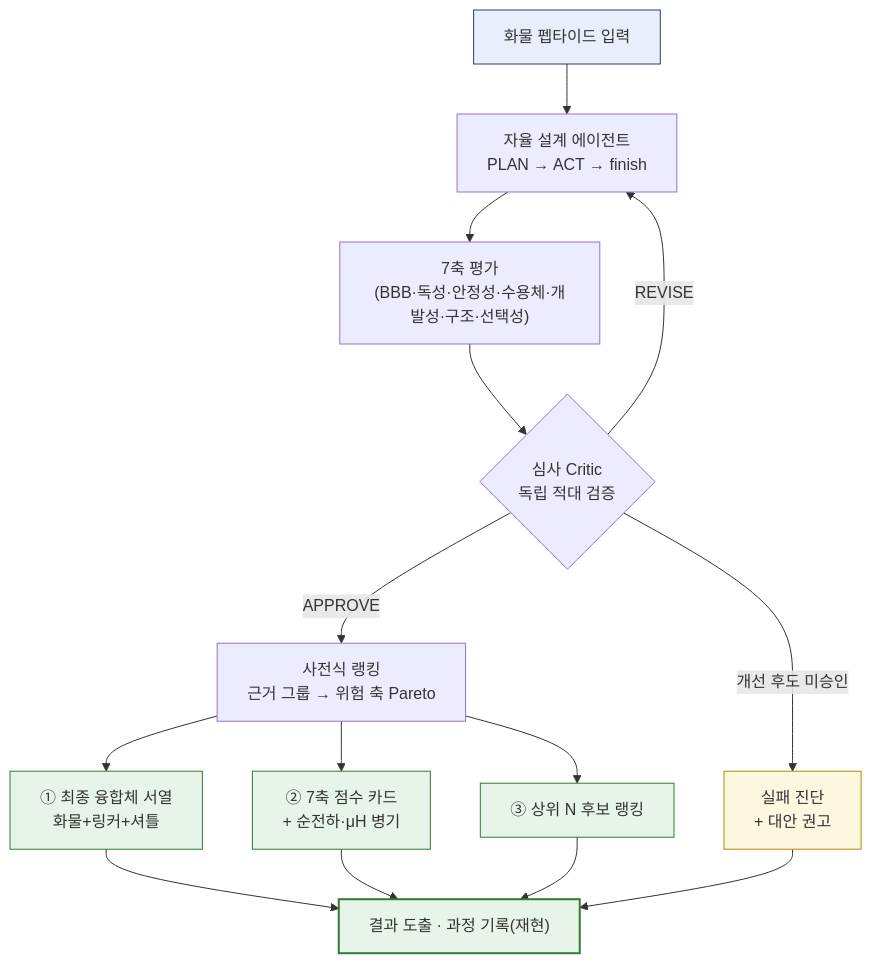
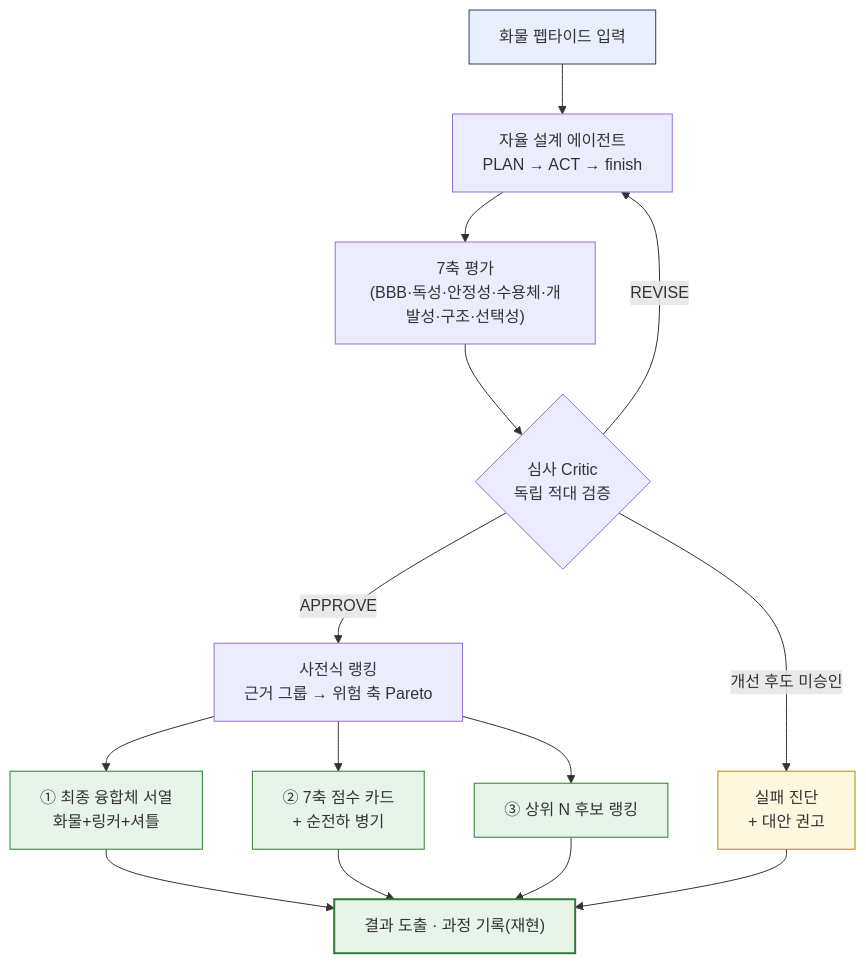
The third of 10 diagrams in 아키텍처.md (yunseul6028/BBB-Optimizer), drawn with Mermaid before and after one commit. The commit also changed other lines of this file and 3 other files, not shown here.

````diff
--- a/아키텍처.md
+++ b/아키텍처.md
@@ -133,22 +133,22 @@
 ```mermaid
 flowchart TB
   IN["화물 펩타이드 입력"]:::user --> AGP["자율 설계 에이전트<br/>PLAN → ACT → finish"]
 
   AGP --> EVAL["7축 평가<br/>(BBB·독성·안정성·수용체·개발성·구조·선택성)"]
   EVAL --> CRIT{"심사 Critic<br/>독립 적대 검증"}
   CRIT -->|REVISE| AGP
   CRIT -->|APPROVE| RANK["사전식 랭킹<br/>근거 그룹 → 위험 축 Pareto"]
   CRIT -->|"개선 후도 미승인"| FAIL["실패 진단<br/>+ 대안 권고"]:::warn
 
   RANK --> R1["① 최종 융합체 서열<br/>화물+링커+셔틀"]:::result
-  RANK --> R2["② 7축 점수 카드<br/>+ 순전하·μH 병기"]:::result
+  RANK --> R2["② 7축 점수 카드<br/>+ 순전하 병기"]:::result
   RANK --> R3["③ 상위 N 후보 랭킹"]:::result
 
   R1 & R2 & R3 --> OUT["결과 도출 · 과정 기록(재현)"]:::out
   FAIL --> OUT
 
   classDef user fill:#e8eefc,stroke:#30405c;
   classDef result fill:#e6f4ea,stroke:#2e7d32;
   classDef warn fill:#fef7e0,stroke:#b8860b;
   classDef out fill:#e6f4ea,stroke:#2e7d32,stroke-width:2px;
 ```
````
